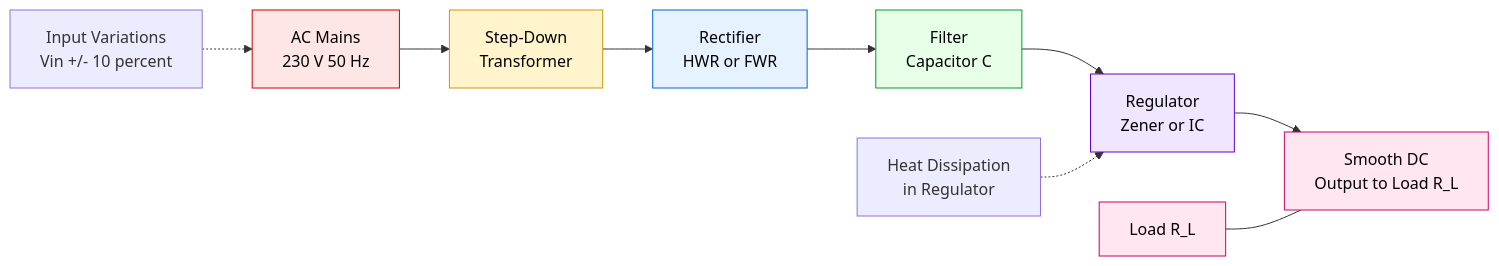
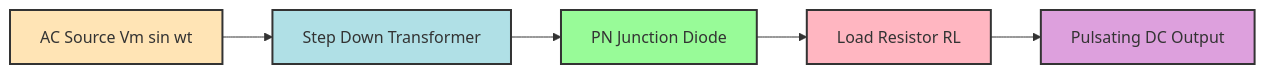
One commit to vishnuu-kr/ktunode changed the first of 5 diagrams in public/notes/computer-science-and-engineering/semester-1/gapht121-physics-for-information-science/04-module-4-semiconductor-devices/applications/notes.md. Above: the diagram before and after it, drawn with Mermaid. The commit also changed other lines of this file and 4829 other files, not shown here.

````diff
--- a/public/notes/computer-science-and-engineering/semester-1/gapht121-physics-for-information-science/04-module-4-semiconductor-devices/applications/notes.md
+++ b/public/notes/computer-science-and-engineering/semester-1/gapht121-physics-for-information-science/04-module-4-semiconductor-devices/applications/notes.md
@@ -630,25 +432,12 @@
 ```mermaid
 flowchart LR
-    A[AC Mains<br/>230 V 50 Hz] --> B[Step-Down<br/>Transformer]
-    B --> C[Rectifier<br/>HWR or FWR]
-    C --> D[Filter<br/>Capacitor C]
-    D --> E[Regulator<br/>Zener or IC]
-    E --> F[Smooth DC<br/>Output to Load R_L]
-    G[Load R_L] --- F
-    H[Heat Dissipation<br/>in Regulator] -.-> E
-    I[Input Variations<br/>Vin  +/- 10 percent] -.-> A
-
-    classDef mainsStyle fill:#ffe6e6,stroke:#cc0000,color:#000
-    classDef xfmrStyle fill:#fff4cc,stroke:#cc9900,color:#000
-    classDef rectStyle fill:#e6f2ff,stroke:#0066cc,color:#000
-    classDef filtStyle fill:#e6ffe6,stroke:#009933,color:#000
-    classDef regStyle fill:#f0e6ff,stroke:#6600cc,color:#000
-    classDef outStyle fill:#ffe6f0,stroke:#cc0066,color:#000
-
-    class A mainsStyle
-    class B xfmrStyle
-    class C rectStyle
-    class D filtStyle
-    class E regStyle
-    class F,G outStyle
+    A[AC Source Vm sin wt] --> B[Step Down Transformer]
+    B --> C[PN Junction Diode]
+    C --> D[Load Resistor RL]
+    D --> E[Pulsating DC Output]
+    style A fill:#FFE4B5,stroke:#333,stroke-width:2px
+    style B fill:#B0E0E6,stroke:#333,stroke-width:2px
+    style C fill:#98FB98,stroke:#333,stroke-width:2px
+    style D fill:#FFB6C1,stroke:#333,stroke-width:2px
+    style E fill:#DDA0DD,stroke:#333,stroke-width:2px
 ```
````
